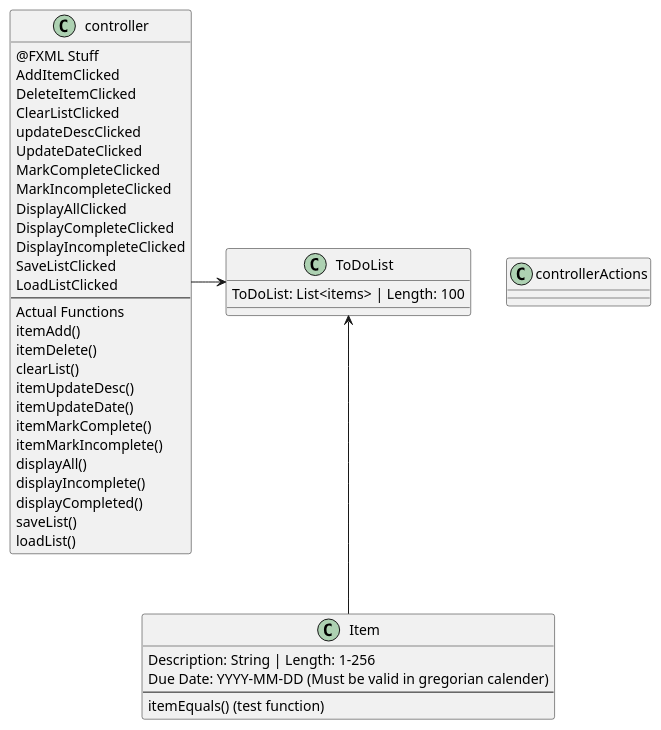
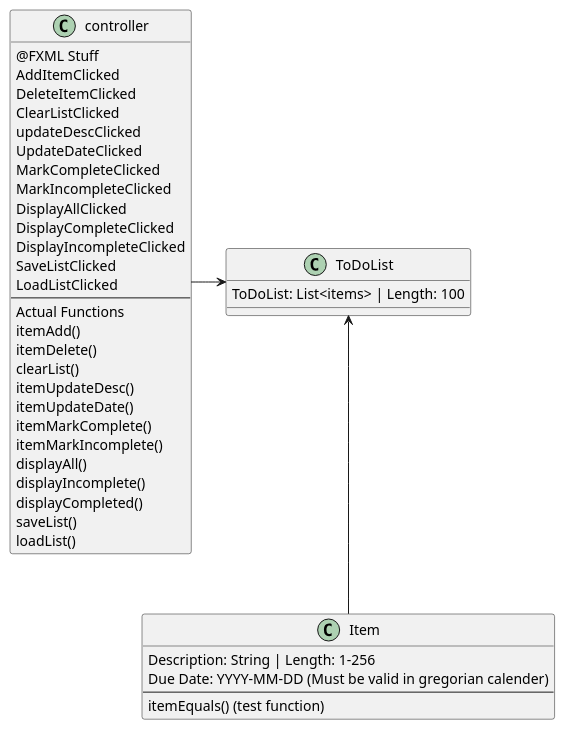
The diagram in uml/classdiagram.puml (apatheticzekrom/Giang-cop3330-assignment4part2), drawn with PlantUML before and after one commit. The commit also changed 2 other files, not shown here.

```diff
--- a/uml/classdiagram.puml
+++ b/uml/classdiagram.puml
@@ -1,51 +1,48 @@
 @startuml
 'https://plantuml.com/class-diagram
 
 class ToDoList {
 ToDoList: List<items> | Length: 100
 }
 
 class Item {
 Description: String | Length: 1-256
 Due Date: YYYY-MM-DD (Must be valid in gregorian calender)
 ----
 itemEquals() (test function)
 }
 
 controller -> ToDoList
 ToDoList <-- Item
 
 class controller {
 @FXML Stuff
 AddItemClicked
 DeleteItemClicked
 ClearListClicked
 updateDescClicked
 UpdateDateClicked
 MarkCompleteClicked
 MarkIncompleteClicked
 DisplayAllClicked
 DisplayCompleteClicked
 DisplayIncompleteClicked
 SaveListClicked
 LoadListClicked
 ----
 Actual Functions
 itemAdd()
 itemDelete()
 clearList()
 itemUpdateDesc()
 itemUpdateDate()
 itemMarkComplete()
 itemMarkIncomplete()
 displayAll()
 displayIncomplete()
 displayCompleted()
 saveList()
 loadList()
 }
 
-class controllerActions {
-}
-
 @enduml
```
